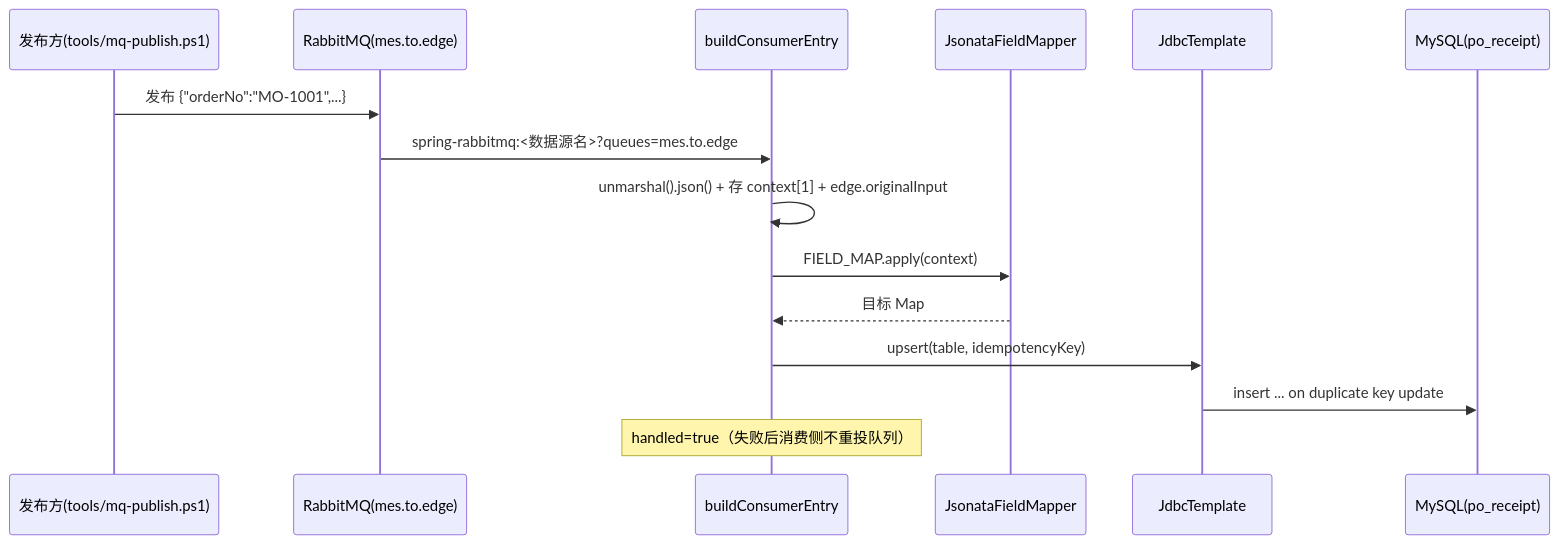
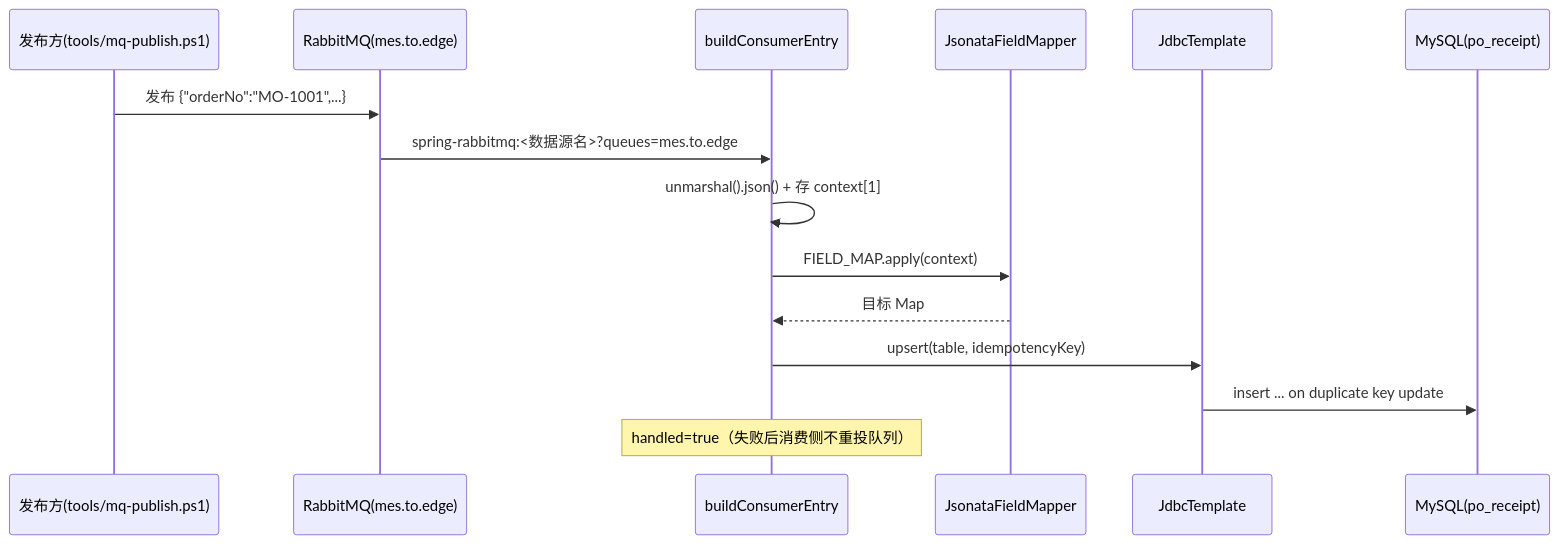
The diagram in docs/flows/southbound-sync.md (zz240/sailheader-mes-middleware), drawn with Mermaid before and after one commit. The commit also changed other lines of this file and 4 other files, not shown here.

Commit message:
refactor(reliability): 清理 RouteGenerator——移除遗留属性 edge.originalInput（断点续跑已走 resume 路由，不再依赖），watermarkValue 提成常量；同步更新受影响文档并改写重放入口测试

````diff
--- a/docs/flows/southbound-sync.md
+++ b/docs/flows/southbound-sync.md
@@ -21,18 +21,18 @@
 ```mermaid
 sequenceDiagram
     participant PUB as 发布方(tools/mq-publish.ps1)
     participant MQ as RabbitMQ(mes.to.edge)
     participant RG as buildConsumerEntry
     participant FM as JsonataFieldMapper
     participant JDBC as JdbcTemplate
     participant DB as MySQL(po_receipt)
 
     PUB->>MQ: 发布 {"orderNo":"MO-1001",...}
     MQ->>RG: spring-rabbitmq:<数据源名>?queues=mes.to.edge
-    RG->>RG: unmarshal().json() + 存 context[1] + edge.originalInput
+    RG->>RG: unmarshal().json() + 存 context[1]
     RG->>FM: FIELD_MAP.apply(context)
     FM-->>RG: 目标 Map
     RG->>JDBC: upsert(table, idempotencyKey)
     JDBC->>DB: insert ... on duplicate key update
     Note over RG: handled=true（失败后消费侧不重投队列）
 ```
````
